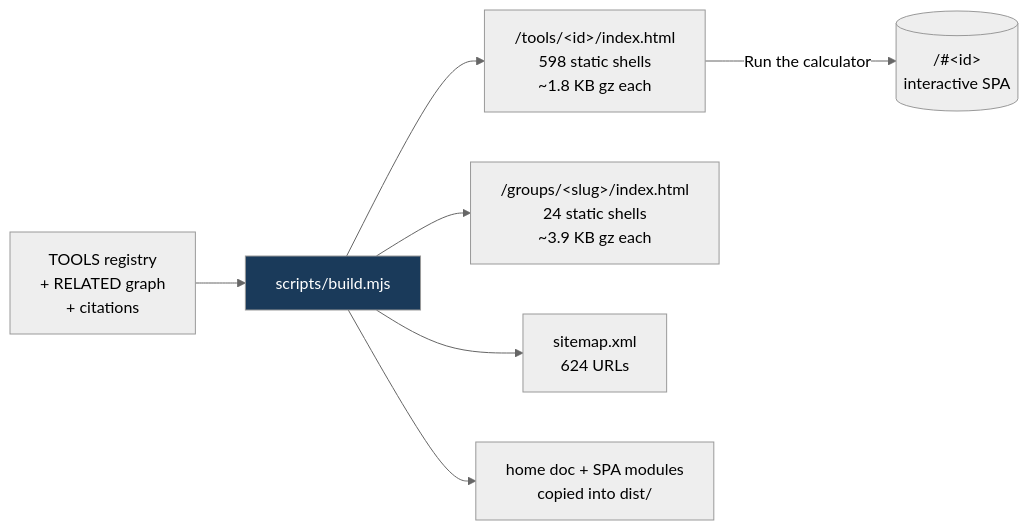
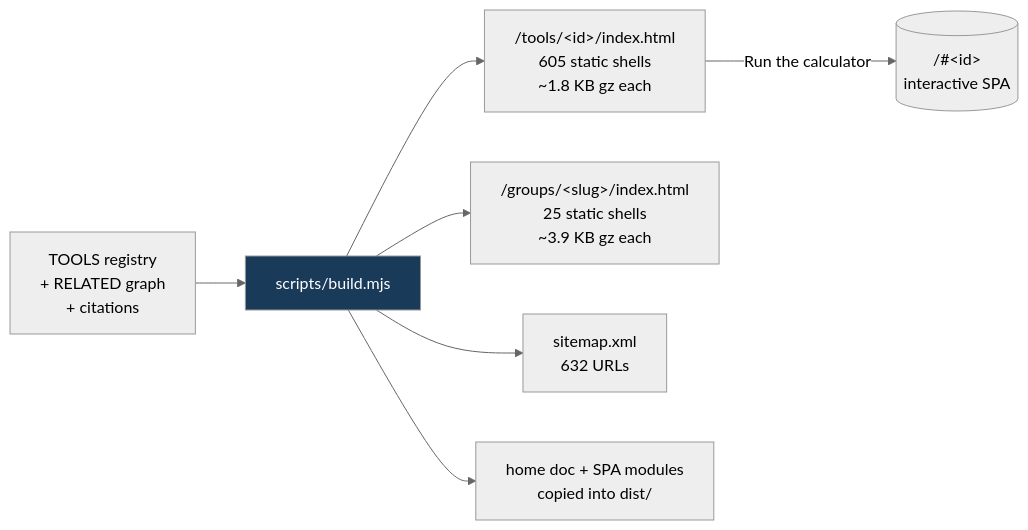
Before and after one commit to clay-good/roughlogic.com: the fifth of 8 diagrams in README.md, drawn with Mermaid (neutral theme). The commit also changed other lines of this file and 20 other files, not shown here.

````diff
--- a/README.md
+++ b/README.md
@@ -362,10 +363,10 @@
 ```mermaid
 flowchart LR
     SRC[TOOLS registry\n+ RELATED graph\n+ citations] --> BUILD[scripts/build.mjs]
-    BUILD --> TILE["/tools/&lt;id&gt;/index.html\n598 static shells\n~1.8 KB gz each"]
-    BUILD --> GROUP["/groups/&lt;slug&gt;/index.html\n24 static shells\n~3.9 KB gz each"]
-    BUILD --> MAP["sitemap.xml\n624 URLs"]
+    BUILD --> TILE["/tools/&lt;id&gt;/index.html\n605 static shells\n~1.8 KB gz each"]
+    BUILD --> GROUP["/groups/&lt;slug&gt;/index.html\n25 static shells\n~3.9 KB gz each"]
+    BUILD --> MAP["sitemap.xml\n632 URLs"]
     BUILD --> COPY[home doc + SPA modules\ncopied into dist/]
     TILE -->|Run the calculator| SPA[("/#&lt;id&gt;\ninteractive SPA")]
     style BUILD fill:#1a3a5a,color:#fff
 ```
````
